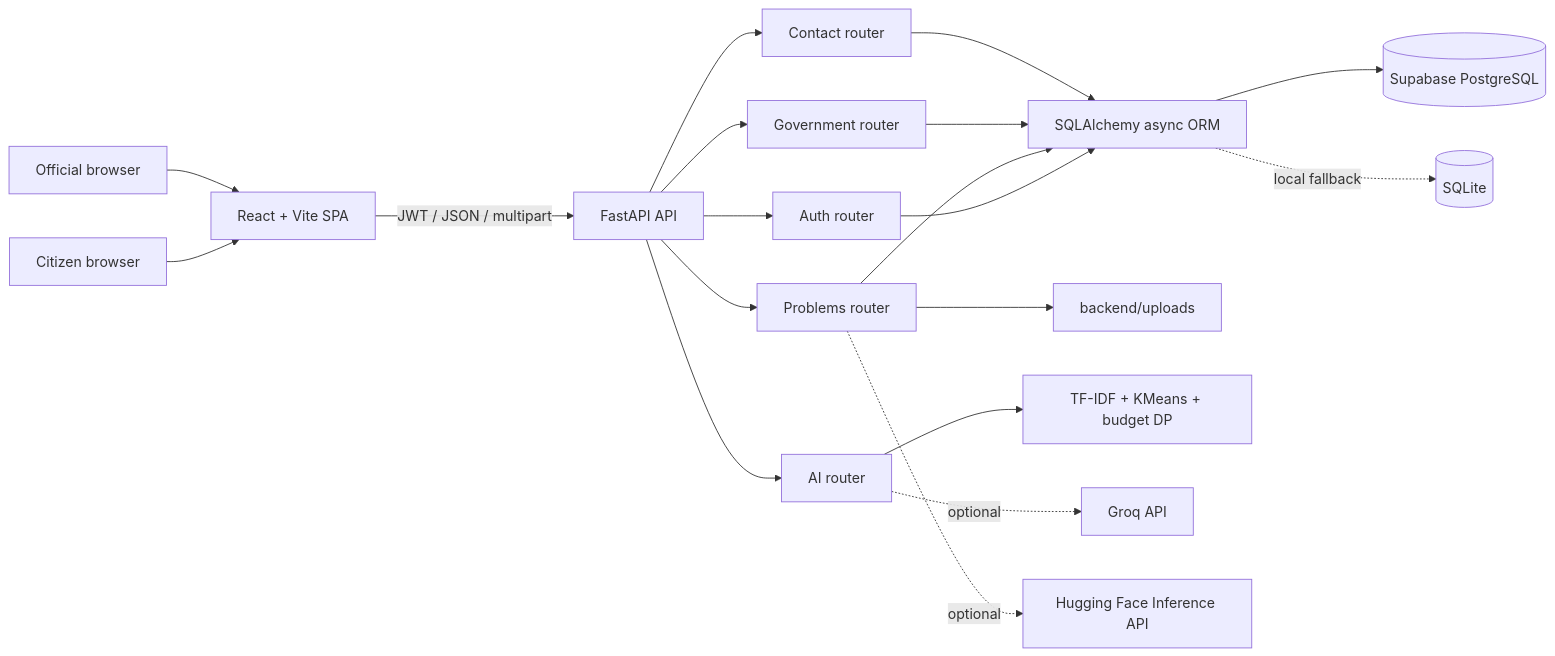
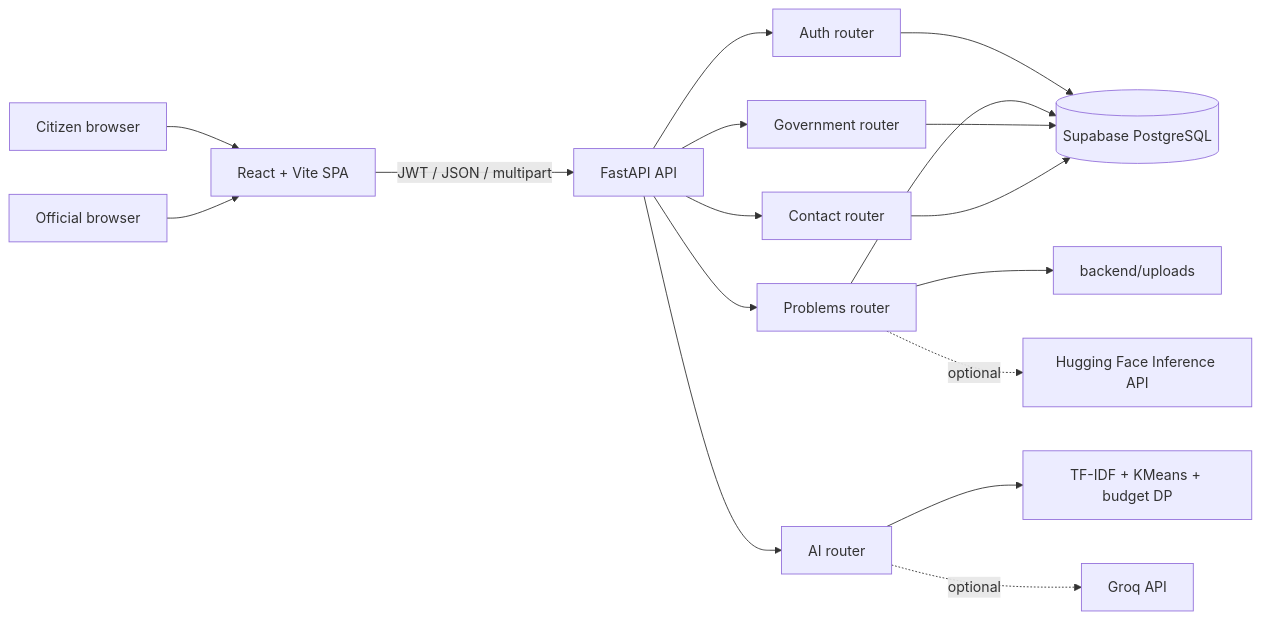
The first of 2 diagrams in README.md (Kalyan-Setu/Kalyan_Setu), drawn with Mermaid before and after one commit.

Commit message:
content updated

````diff
--- a/README.md
+++ b/README.md
@@ -74,21 +74,19 @@
 ```mermaid
 flowchart LR
     C[Citizen browser] --> F[React + Vite SPA]
     O[Official browser] --> F
     F -->|JWT / JSON / multipart| API[FastAPI API]
     API --> AUTH[Auth router]
     API --> PROB[Problems router]
     API --> GOVT[Government router]
     API --> AI[AI router]
     API --> CONTACT[Contact router]
-    AUTH --> ORM[SQLAlchemy async ORM]
-    PROB --> ORM
-    GOVT --> ORM
-    CONTACT --> ORM
-    ORM --> DB[(Supabase PostgreSQL)]
-    ORM -. local fallback .-> SQLITE[(SQLite)]
+    AUTH --> DB[(Supabase PostgreSQL)]
+    PROB --> DB
+    GOVT --> DB
+    CONTACT --> DB
     PROB --> FILES[backend/uploads]
     AI --> ANALYSIS[TF-IDF + KMeans + budget DP]
     AI -. optional .-> GROQ[Groq API]
     PROB -. optional .-> HF[Hugging Face Inference API]
 ```
````
